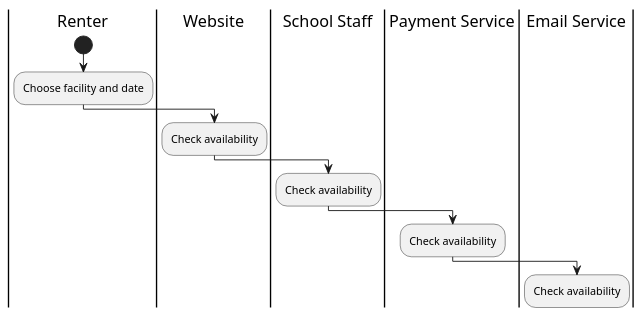
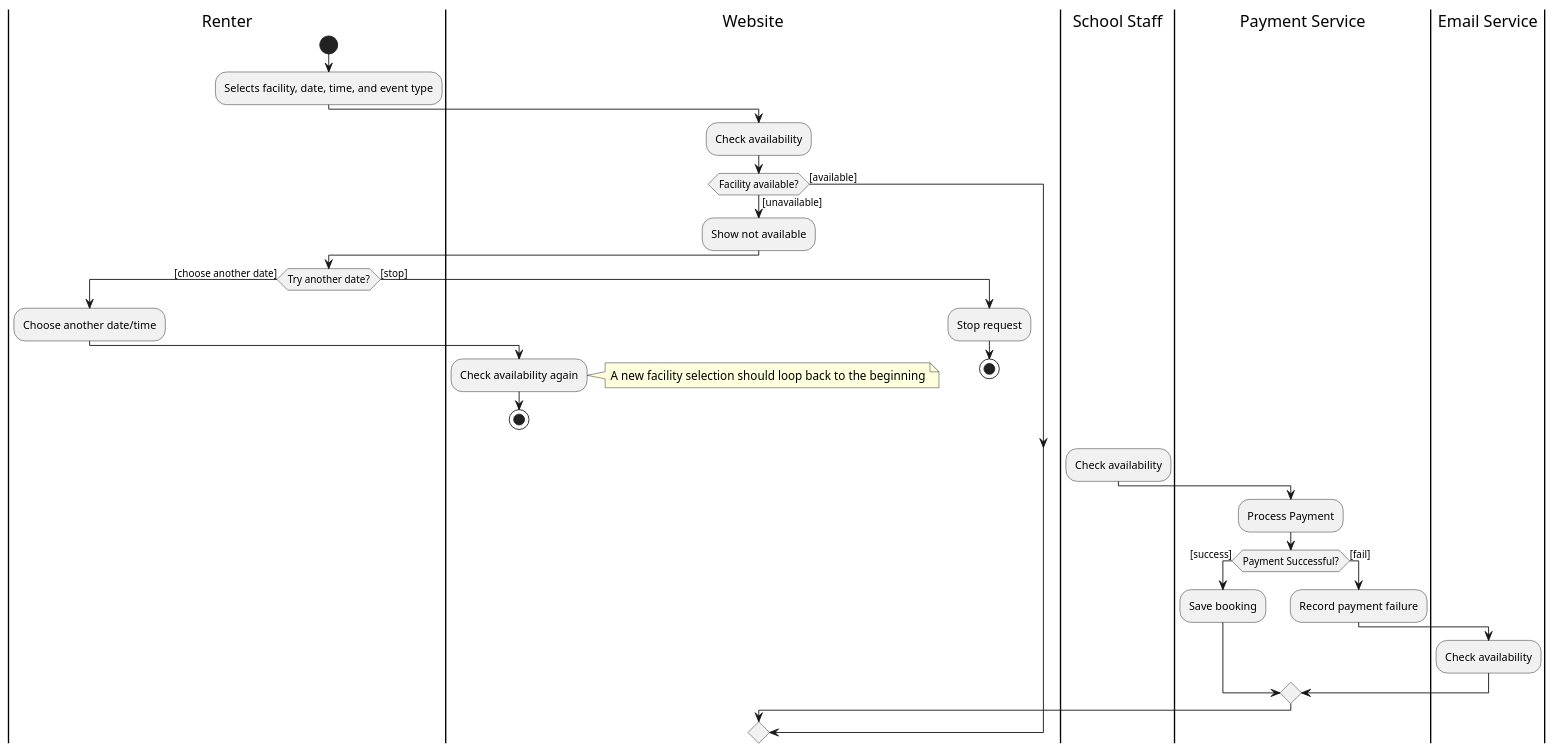
Before and after one commit to DylanHH11/CS-3560-HW_6_UML_2_Sequence_Activity: the diagram in rentalActivity.puml, drawn with PlantUML.

Commit message:
trying to handle branching options

```diff
--- a/rentalActivity.puml
+++ b/rentalActivity.puml
@@ -1,20 +1,48 @@
 @startuml
 
 |Renter|
 start
-:Choose facility and date;
+:Selects facility, date, time, and event type;
 
 |Website|
 :Check availability;
+
+if (Facility available?) then ([available])
+
+else ([unavailable])
+        :Show not available;
+        |Renter|
+        if (Try another date?) then ([choose another date])
+            :Choose another date/time;
+            |Website|
+            :Check availability again;
+            note right
+              A new facility selection should loop back to the beginning
+            end note
+            stop
+        else ([stop])
+            :Stop request;
+            stop
+        endif
+
+
 
 |School Staff|
 :Check availability;
 
 |Payment Service|
-:Check availability;
+:Process Payment;
+
+if (Payment Successful?) then ([success])
+            :Save booking;
+
+
+else ([fail])
+               :Record payment failure;
+
 
 |Email Service|
 :Check availability;
 
 
 @enduml
```
